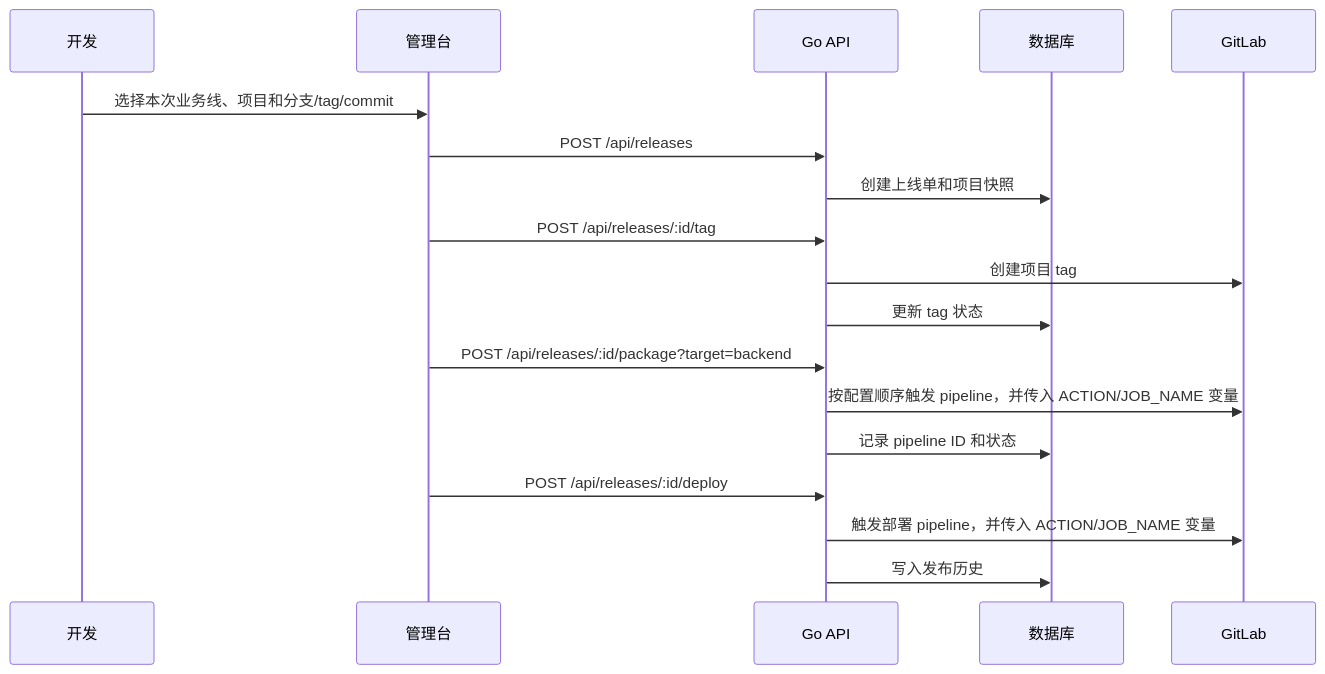
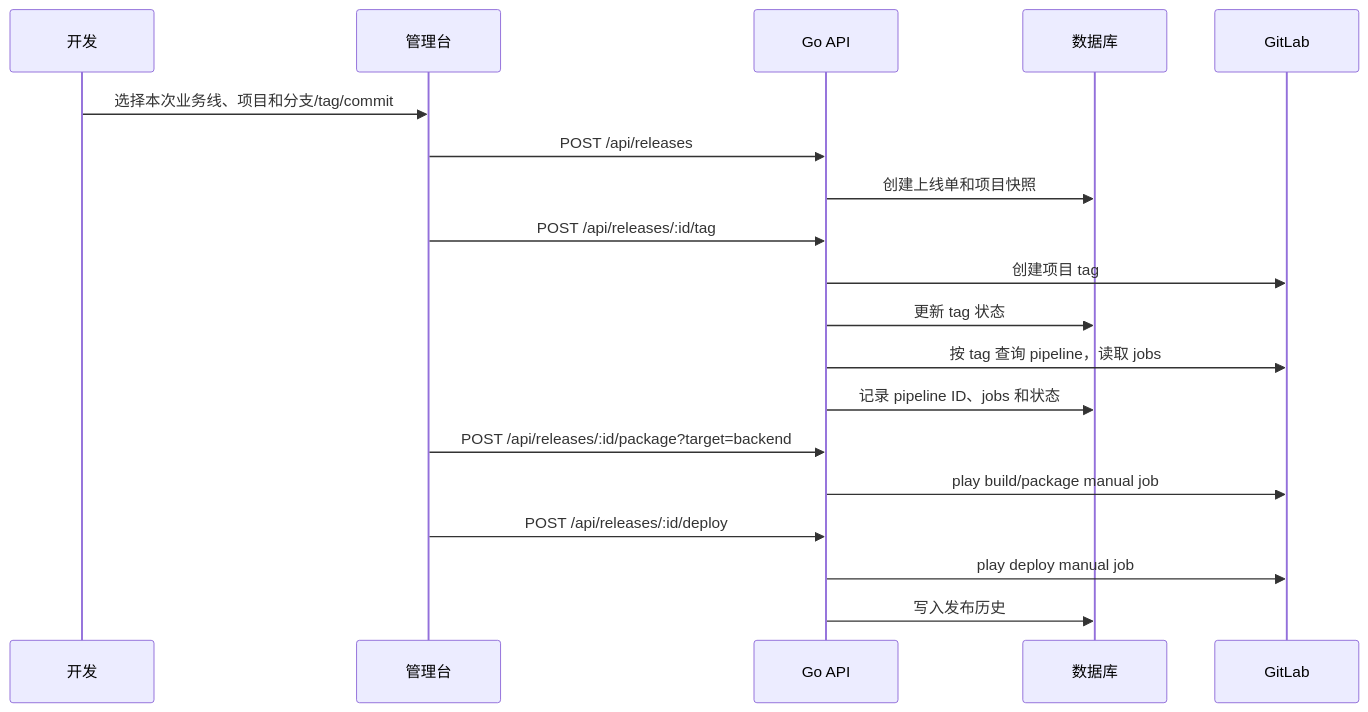
One commit to jktest709-arch/delivery-platform changed the second of 2 diagrams in docs/architecture.md. Above: the diagram before and after it, drawn with Mermaid. The commit also changed other lines of this file and 14 other files, not shown here.

Commit message:
Use tag pipelines and GitLab jobs

````diff
--- a/docs/architecture.md
+++ b/docs/architecture.md
@@ -37,21 +38,22 @@
 ```mermaid
 sequenceDiagram
   participant Dev as 开发
   participant Web as 管理台
   participant API as Go API
   participant DB as 数据库
   participant GL as GitLab
 
   Dev->>Web: 选择本次业务线、项目和分支/tag/commit
   Web->>API: POST /api/releases
   API->>DB: 创建上线单和项目快照
   Web->>API: POST /api/releases/:id/tag
   API->>GL: 创建项目 tag
   API->>DB: 更新 tag 状态
+  API->>GL: 按 tag 查询 pipeline，读取 jobs
+  API->>DB: 记录 pipeline ID、jobs 和状态
   Web->>API: POST /api/releases/:id/package?target=backend
-  API->>GL: 按配置顺序触发 pipeline，并传入 ACTION/JOB_NAME 变量
-  API->>DB: 记录 pipeline ID 和状态
+  API->>GL: play build/package manual job
   Web->>API: POST /api/releases/:id/deploy
-  API->>GL: 触发部署 pipeline，并传入 ACTION/JOB_NAME 变量
+  API->>GL: play deploy manual job
   API->>DB: 写入发布历史
 ```
````
